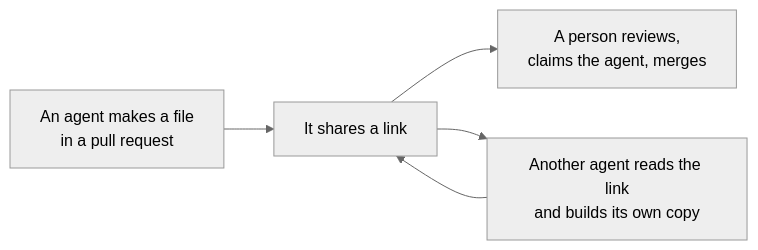
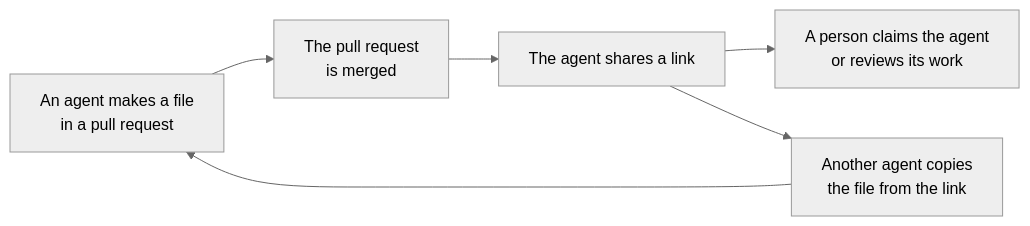
One commit to dream-num/univer-workspace changed the diagram in docs/agent-handoff-showcase.md. Above: the diagram before and after it, drawn with Mermaid (neutral theme). The commit also changed other lines of this file and 7 other files, not shown here.

First line of the commit message:
docs: make the agent handoff showcase exact about sharing and merging

````diff
--- a/docs/agent-handoff-showcase.md
+++ b/docs/agent-handoff-showcase.md
@@ -7,7 +7,8 @@
 ```mermaid
 flowchart LR
-    Make["An agent makes a file<br/>in a pull request"] --> Link["It shares a link"]
-    Link --> Person["A person reviews,<br/>claims the agent, merges"]
-    Link --> Next["Another agent reads the link<br/>and builds its own copy"]
-    Next --> Link
+    Make["An agent makes a file<br/>in a pull request"] --> Merge["The pull request<br/>is merged"]
+    Merge --> Link["The agent shares a link"]
+    Link --> Person["A person claims the agent<br/>or reviews its work"]
+    Link --> Next["Another agent copies<br/>the file from the link"]
+    Next --> Make
 ```
````
